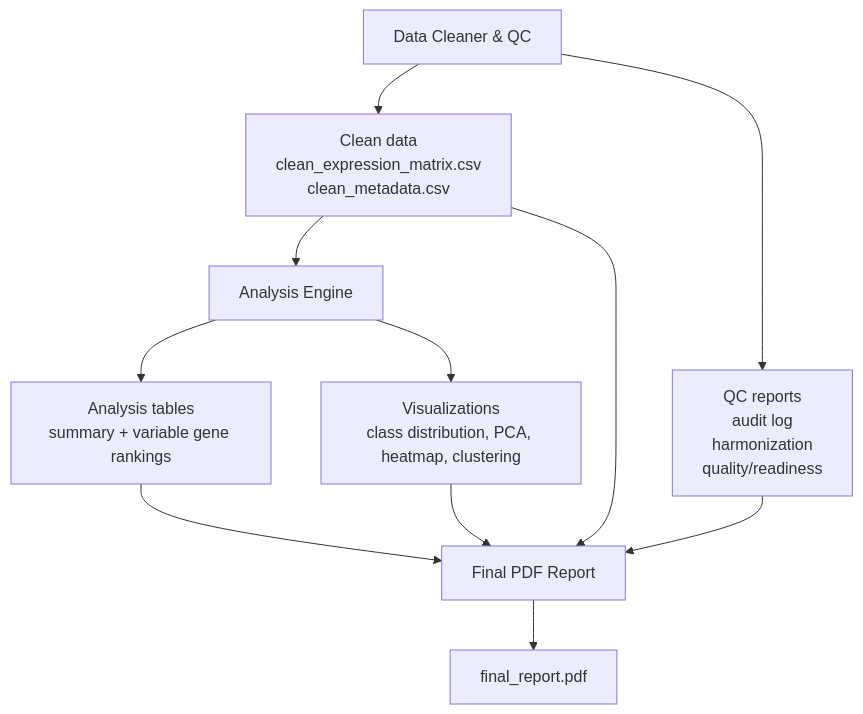
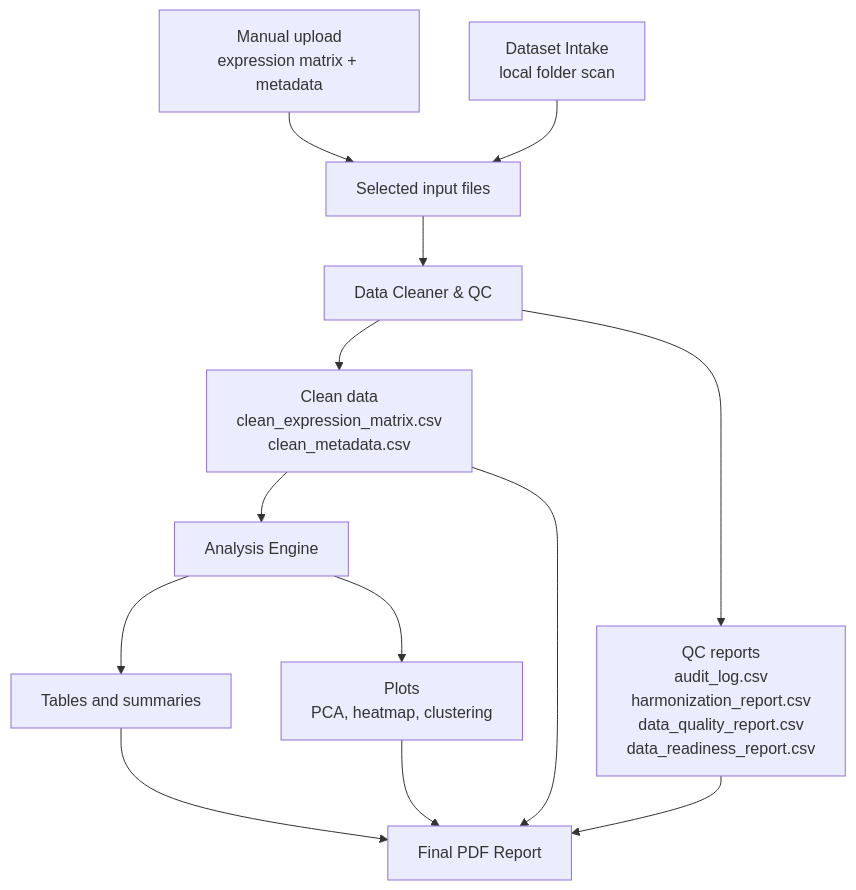
One commit to AliSta12/transcriptomic-data-qc-analysis-framework changed the diagram in README.md. Above: the diagram before and after it, drawn with Mermaid. The commit also changed other lines of this file, not shown here.

Commit message:
Update README for final project submission

````diff
--- a/README.md
+++ b/README.md
@@ -141,16 +73,15 @@
 ```mermaid
 flowchart TD
-    A["Data Cleaner & QC"] --> B["Clean data<br/>clean_expression_matrix.csv<br/>clean_metadata.csv"]
-    A --> C["QC reports<br/>audit log<br/>harmonization<br/>quality/readiness"]
-
-    B --> D["Analysis Engine"]
-    D --> E["Analysis tables<br/>summary + variable gene rankings"]
-    D --> F["Visualizations<br/>class distribution, PCA, heatmap, clustering"]
-
-    B --> G["Final PDF Report"]
-    C --> G
-    E --> G
-    F --> G
-
-    G --> H["final_report.pdf"]
+    A["Manual upload<br/>expression matrix + metadata"] --> C["Selected input files"]
+    B["Dataset Intake<br/>local folder scan"] --> C
+    C --> D["Data Cleaner & QC"]
+    D --> E["Clean data<br/>clean_expression_matrix.csv<br/>clean_metadata.csv"]
+    D --> F["QC reports<br/>audit_log.csv<br/>harmonization_report.csv<br/>data_quality_report.csv<br/>data_readiness_report.csv"]
+    E --> G["Analysis Engine"]
+    G --> H["Tables and summaries"]
+    G --> I["Plots<br/>PCA, heatmap, clustering"]
+    E --> J["Final PDF Report"]
+    F --> J
+    H --> J
+    I --> J
 ```
````
